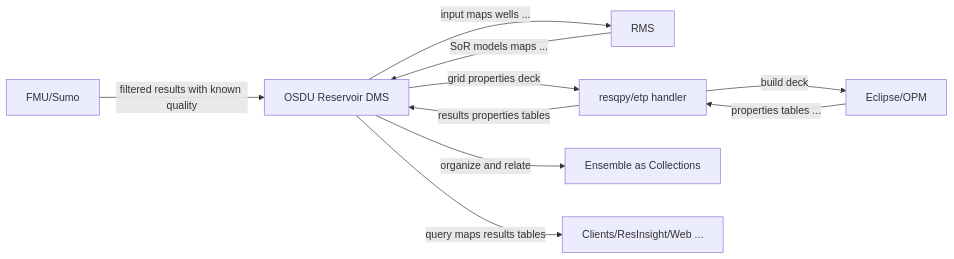
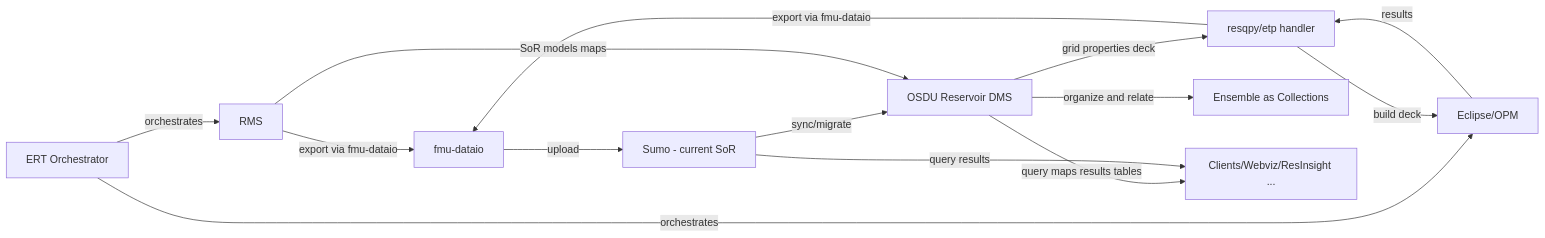
One commit to marcusapel/ores changed the diagram in md/FmuOsdu.md. Above: the diagram before and after it, drawn with Mermaid. The commit also changed other lines of this file and 19 other files, not shown here.

````diff
--- a/md/FmuOsdu.md
+++ b/md/FmuOsdu.md
@@ -322,20 +187,26 @@
 ``` mermaid
 flowchart LR
-  OSDU[OSDU Reservoir DMS]
+  ERT[ERT Orchestrator]
   RMS[RMS]
+  DATAIO[fmu-dataio]
   RESQPY[resqpy/etp handler]
   ECL[Eclipse/OPM]
+  SUMO[Sumo - current SoR]
+  OSDU[OSDU Reservoir DMS]
   COLL[Ensemble as Collections]
-  FMU[FMU/Sumo]
-  CLIENTS[Clients/ResInsight/Web ...]
+  CLIENTS[Clients/Webviz/ResInsight ...]
 
-  OSDU -- input maps wells ... --> RMS
+  ERT -- orchestrates --> RMS
+  ERT -- orchestrates --> ECL
+  RMS -- export via fmu-dataio --> DATAIO
+  ECL -- results --> RESQPY
+  RESQPY -- export via fmu-dataio --> DATAIO
+  DATAIO -- upload --> SUMO
+  SUMO -- sync/migrate --> OSDU
   OSDU -- grid properties deck --> RESQPY
   RESQPY -- build deck --> ECL
-  RESQPY -- results properties tables --> OSDU
-  ECL -- properties tables ... --> RESQPY
   OSDU -- organize and relate --> COLL
   OSDU -- query maps results tables --> CLIENTS
-  FMU -- filtered results with known quality --> OSDU
-  RMS -- SoR models maps ... --> OSDU
+  SUMO -- query results --> CLIENTS
+  RMS -- SoR models maps --> OSDU
 ```
````
